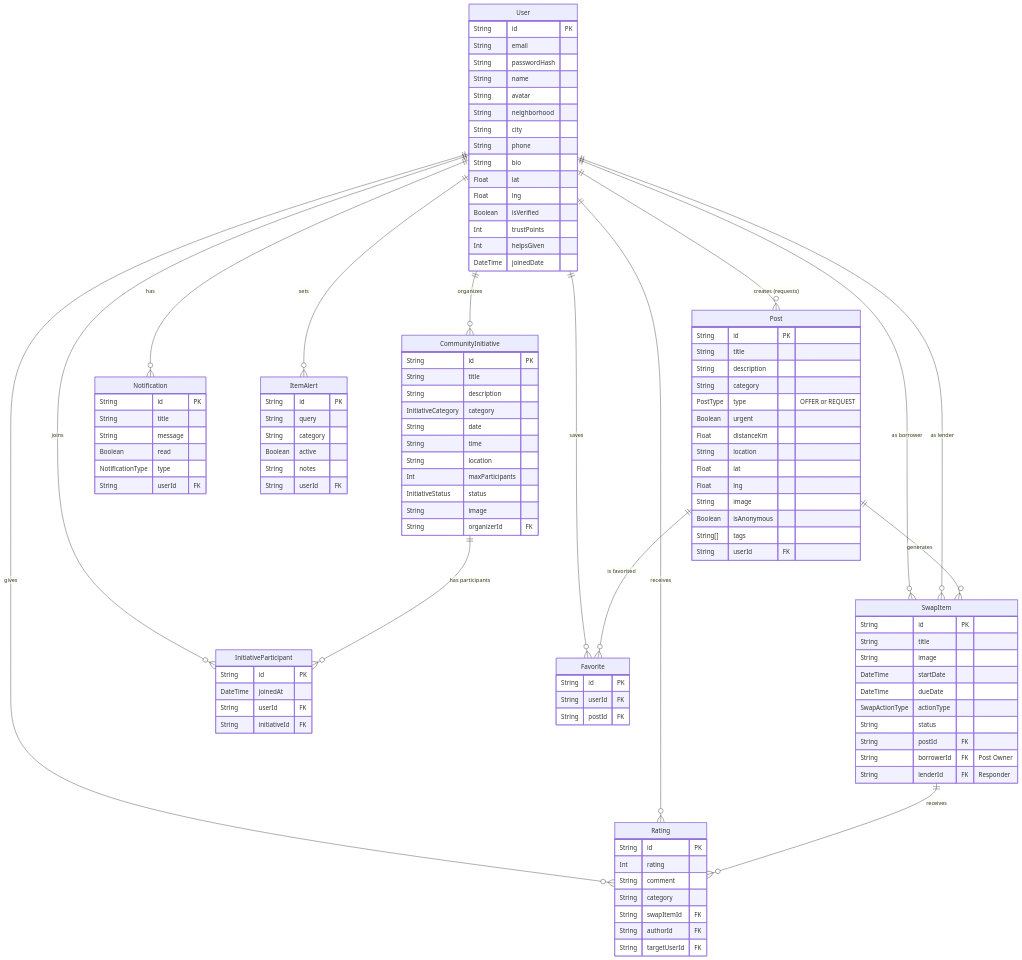
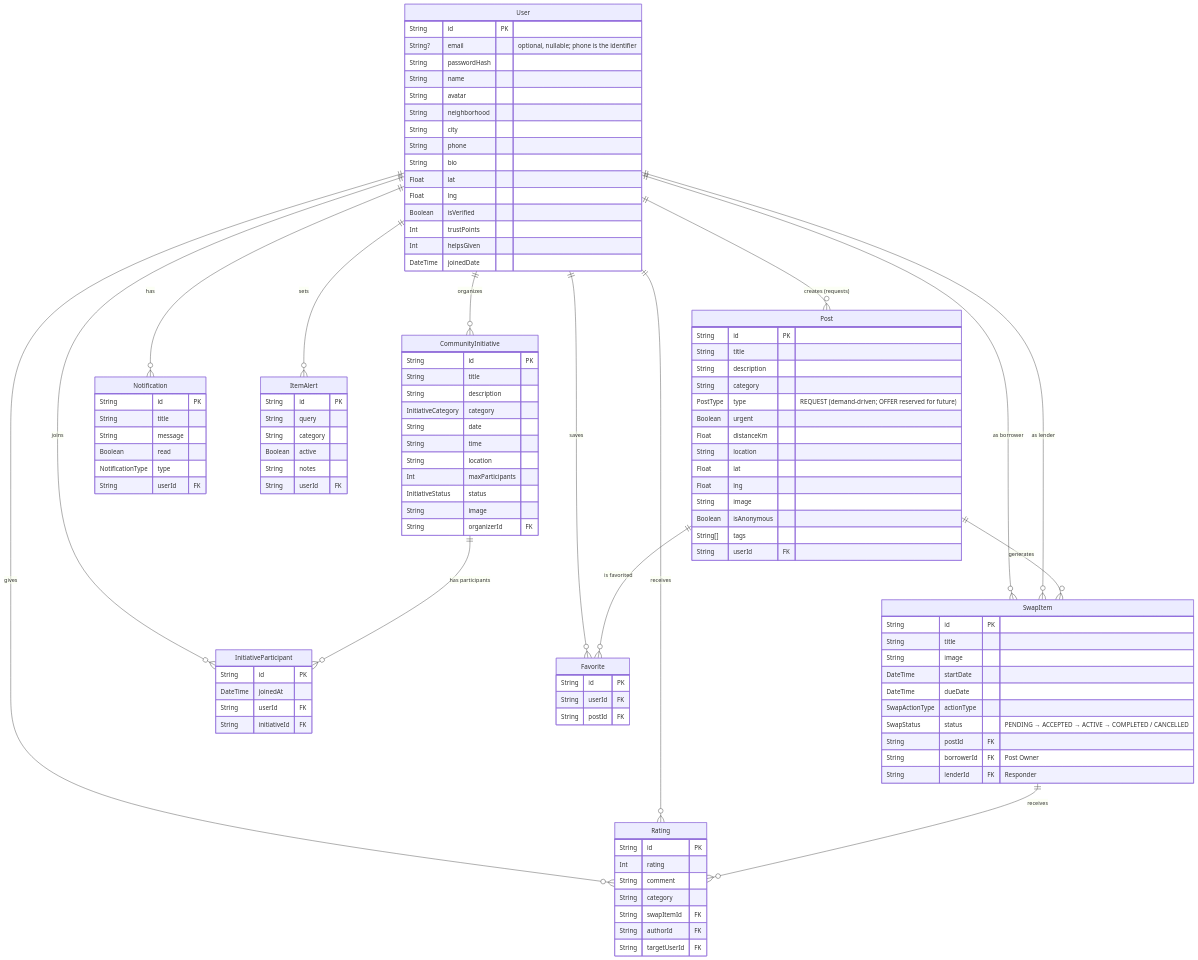
Before and after one commit to bassam-j3/hertna: the diagram in docs/ERD.md, drawn with Mermaid. The commit also changed 84 other files, not shown here.

```diff
--- a/docs/ERD.md
+++ b/docs/ERD.md
@@ -24,7 +24,7 @@
 
     User {
         String id PK
-        String email
+        String? email          "optional, nullable; phone is the identifier"
         String passwordHash
         String name
         String avatar
@@ -45,7 +45,7 @@
         String title
         String description
         String category
-        PostType type "OFFER or REQUEST"
+        PostType type "REQUEST (demand-driven; OFFER reserved for future)"
         Boolean urgent
         Float distanceKm
         String location
@@ -64,7 +64,7 @@
         DateTime startDate
         DateTime dueDate
         SwapActionType actionType
-        String status
+        SwapStatus status "PENDING → ACCEPTED → ACTIVE → COMPLETED / CANCELLED"
         String postId FK
         String borrowerId FK "Post Owner"
         String lenderId FK "Responder"
```
